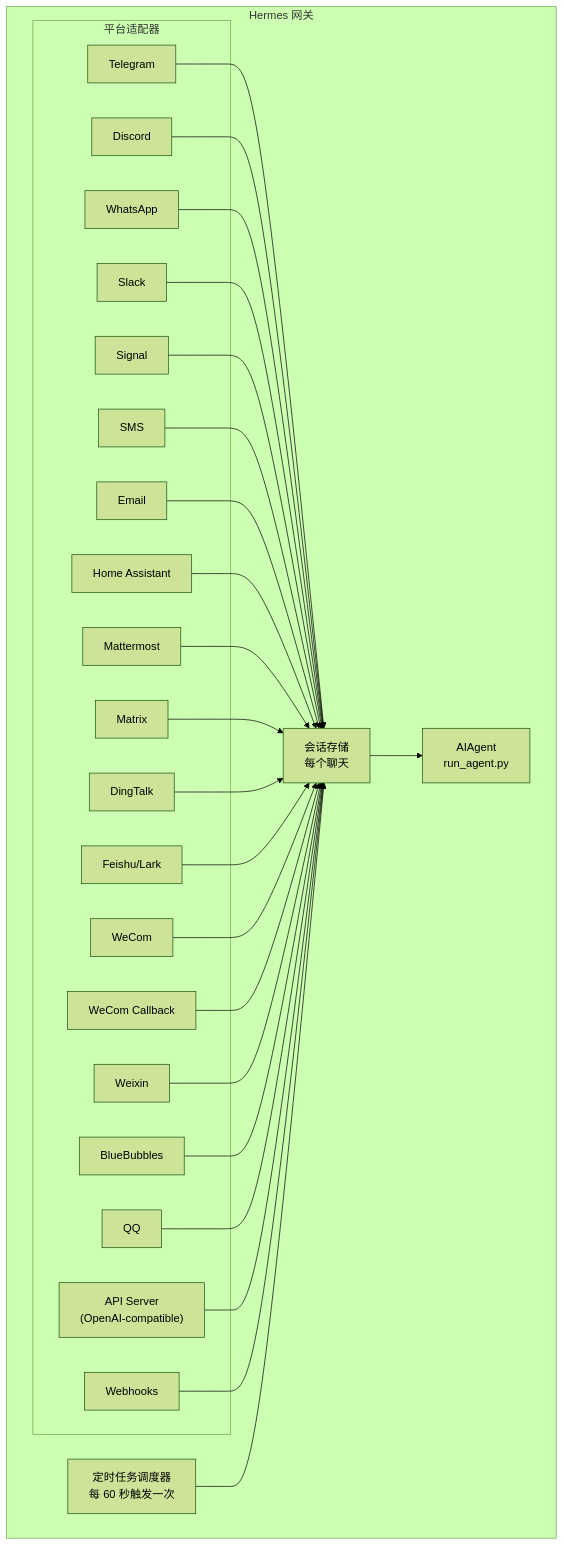
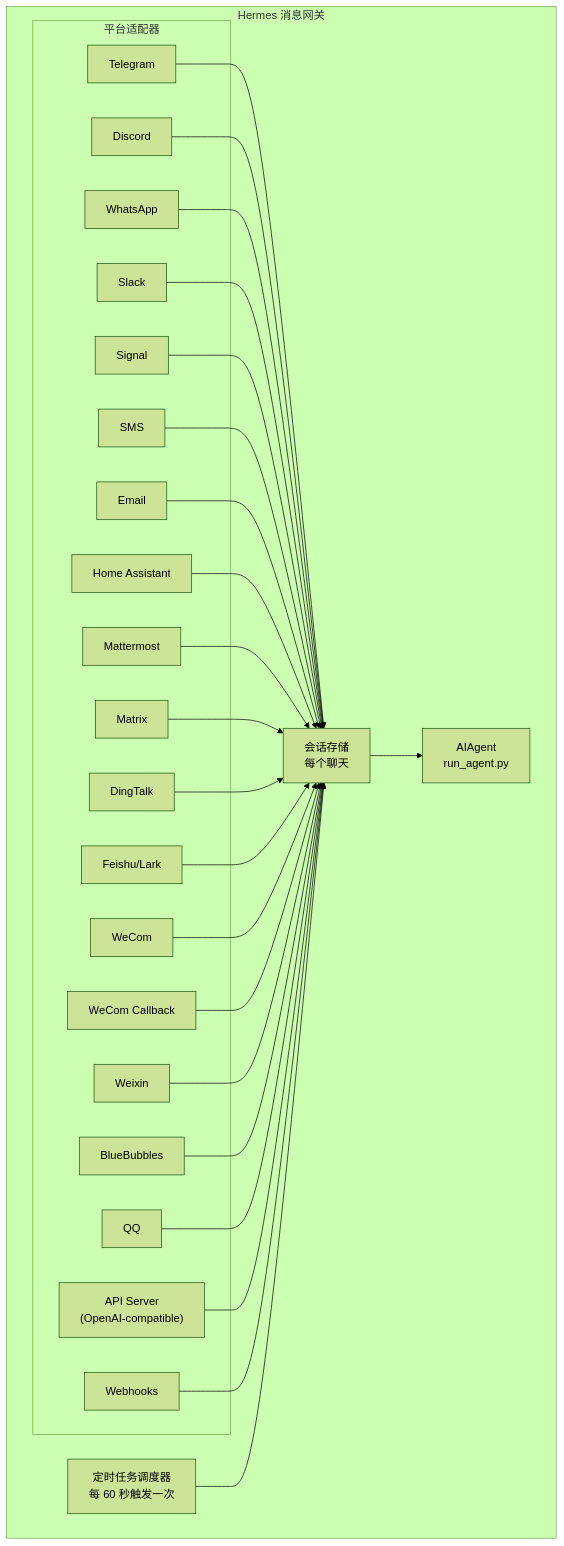
The diagram in translations/docs/user-guide/messaging/index.md (lyy0709/hermes-agent-zh), drawn with Mermaid (forest theme) before and after one commit. The commit also changed other lines of this file and 28 other files, not shown here.

````diff
--- a/translations/docs/user-guide/messaging/index.md
+++ b/translations/docs/user-guide/messaging/index.md
@@ -39,52 +39,52 @@
 ```mermaid
 flowchart TB
-    subgraph Gateway["Hermes 网关"]
+    subgraph Gateway["Hermes 消息网关"]
         subgraph Adapters["平台适配器"]
             tg[Telegram]
             dc[Discord]
             wa[WhatsApp]
             sl[Slack]
             sig[Signal]
             sms[SMS]
             em[Email]
             ha[Home Assistant]
             mm[Mattermost]
             mx[Matrix]
             dt[DingTalk]
     fs[Feishu/Lark]
     wc[WeCom]
     wcb[WeCom Callback]
     wx[Weixin]
     bb[BlueBubbles]
     qq[QQ]
             api["API Server<br/>(OpenAI-compatible)"]
             wh[Webhooks]
         end
 
         store["会话存储<br/>每个聊天"]
         agent["AIAgent<br/>run_agent.py"]
         cron["定时任务调度器<br/>每 60 秒触发一次"]
     end
 
     tg --> store
     dc --> store
     wa --> store
     sl --> store
     sig --> store
     sms --> store
     em --> store
     ha --> store
     mm --> store
     mx --> store
     dt --> store
     fs --> store
     wc --> store
     wcb --> store
     wx --> store
     bb --> store
     qq --> store
     api --> store
     wh --> store
     store --> agent
     cron --> store
 ```
````
